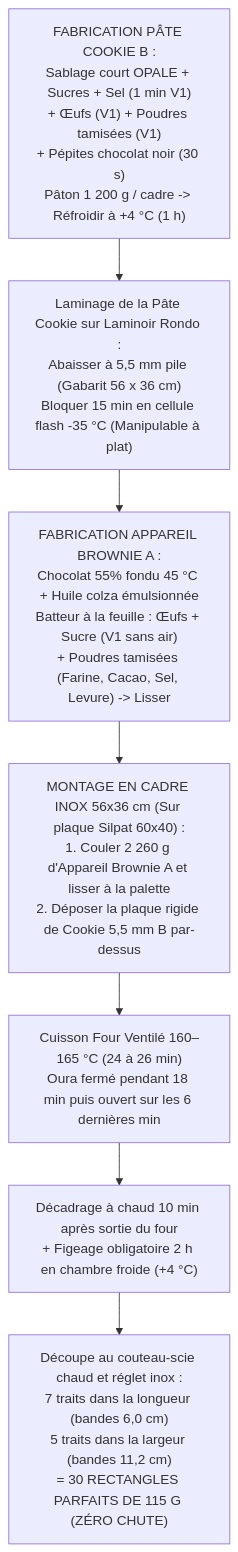
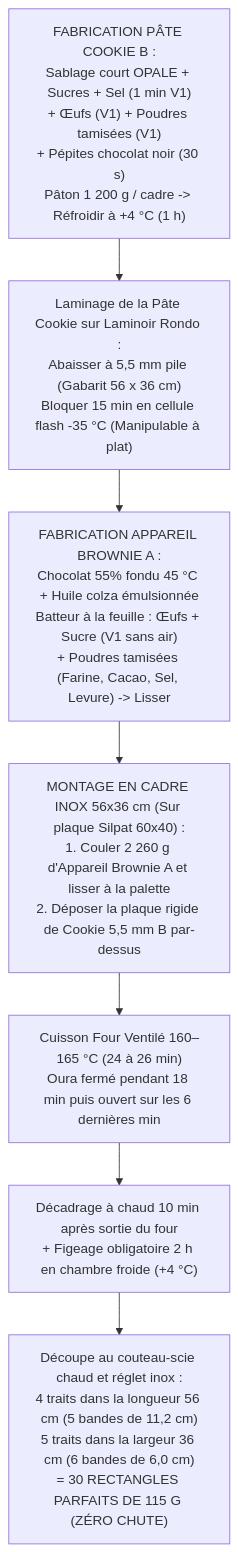
One commit to jri561/laboratoire-tourage-boulangerie changed the diagram in recettes/catalogue/brookie-cadres-60x40.md. Above: the diagram before and after it, drawn with Mermaid. The commit also changed other lines of this file and 17 other files, not shown here.

````diff
--- a/recettes/catalogue/brookie-cadres-60x40.md
+++ b/recettes/catalogue/brookie-cadres-60x40.md
@@ -65,10 +65,10 @@
 ```mermaid
 flowchart TD
     A["FABRICATION PÂTE COOKIE B :\nSablage court OPALE + Sucres + Sel (1 min V1)\n+ Œufs (V1) + Poudres tamisées (V1)\n+ Pépites chocolat noir (30 s)\nPâton 1 200 g / cadre -> Réfroidir à +4 °C (1 h)"]
     --> B["Laminage de la Pâte Cookie sur Laminoir Rondo :\nAbaisser à 5,5 mm pile (Gabarit 56 x 36 cm)\nBloquer 15 min en cellule flash -35 °C (Manipulable à plat)"]
     --> C["FABRICATION APPAREIL BROWNIE A :\nChocolat 55% fondu 45 °C + Huile colza émulsionnée\nBatteur à la feuille : Œufs + Sucre (V1 sans air)\n+ Poudres tamisées (Farine, Cacao, Sel, Levure) -> Lisser"]
     --> D["MONTAGE EN CADRE INOX 56x36 cm (Sur plaque Silpat 60x40) :\n1. Couler 2 260 g d'Appareil Brownie A et lisser à la palette\n2. Déposer la plaque rigide de Cookie 5,5 mm B par-dessus"]
     --> E["Cuisson Four Ventilé 160–165 °C (24 à 26 min)\nOura fermé pendant 18 min puis ouvert sur les 6 dernières min"]
     --> F["Décadrage à chaud 10 min après sortie du four\n+ Figeage obligatoire 2 h en chambre froide (+4 °C)"]
-    --> G["Découpe au couteau-scie chaud et réglet inox :\n7 traits dans la longueur (bandes 6,0 cm)\n5 traits dans la largeur (bandes 11,2 cm)\n= 30 RECTANGLES PARFAITS DE 115 G (ZÉRO CHUTE)"]
+    --> G["Découpe au couteau-scie chaud et réglet inox :\n4 traits dans la longueur 56 cm (5 bandes de 11,2 cm)\n5 traits dans la largeur 36 cm (6 bandes de 6,0 cm)\n= 30 RECTANGLES PARFAITS DE 115 G (ZÉRO CHUTE)"]
 ```
````
